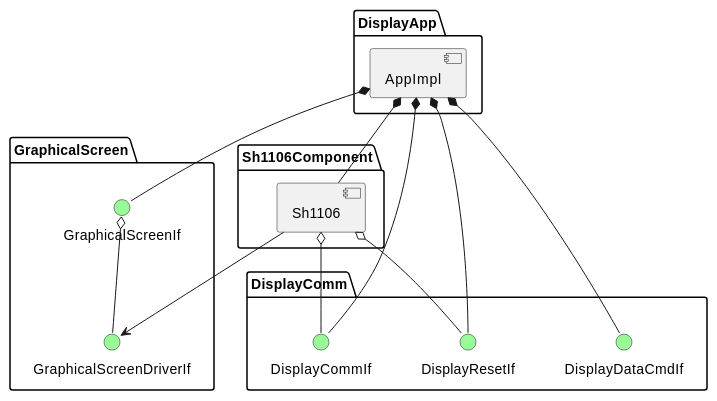
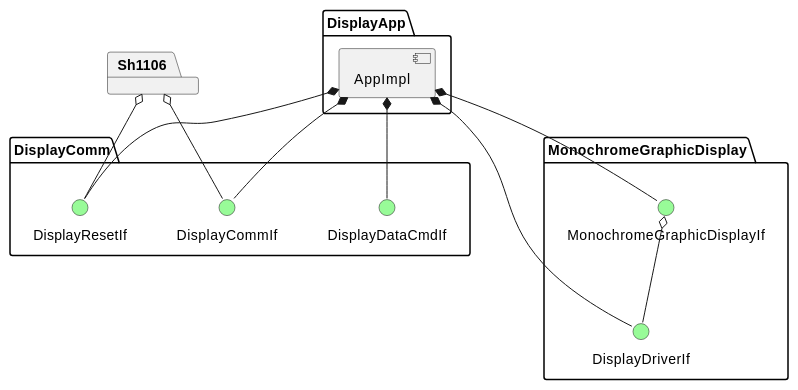
Before and after one commit to domikal792/c_cpp_arm: the diagram in Cpp_Arm_2021_Kala_Jaraczewski/README.md, drawn with PlantUML.

Commit message:
feat: top proj readme update

````diff
--- a/Cpp_Arm_2021_Kala_Jaraczewski/README.md
+++ b/Cpp_Arm_2021_Kala_Jaraczewski/README.md
@@ -5,43 +5,38 @@
 ```plantuml
 
 @startuml
 
 package "DisplayComm" {
     () DisplayCommIf #palegreen
     () DisplayResetIf #palegreen
     () DisplayDataCmdIf #palegreen
 }
 
-package "GraphicalScreen" {
-    () GraphicalScreenDriverIf #palegreen
-    () GraphicalScreenIf #palegreen
+package "Sh1106" {
 
-    GraphicalScreenIf o-- GraphicalScreenDriverIf
 }
 
+package "MonochromeGraphicDisplay" {
+    () DisplayDriverIf #palegreen
+    () MonochromeGraphicDisplayIf #palegreen
 
-
-package "Sh1106Component" {
-    
-        [Sh1106]
-
-        Sh1106 --> GraphicalScreenDriverIf
-        Sh1106 o-- DisplayResetIf
-        Sh1106 o-- DisplayCommIf
-
+    MonochromeGraphicDisplayIf o-- DisplayDriverIf
 }
 
 package "DisplayApp" {
         [AppImpl]
 
-        AppImpl *-- Sh1106
+        AppImpl *-- DisplayDriverIf
         AppImpl *-- DisplayResetIf
         AppImpl *-- DisplayCommIf
         AppImpl *-- DisplayDataCmdIf
-        AppImpl *-- GraphicalScreenIf
+        AppImpl *-- MonochromeGraphicDisplayIf
 }
+
+Sh1106 o-- DisplayResetIf
+Sh1106 o-- DisplayCommIf
 
 @enduml
 
 
 ```
````
